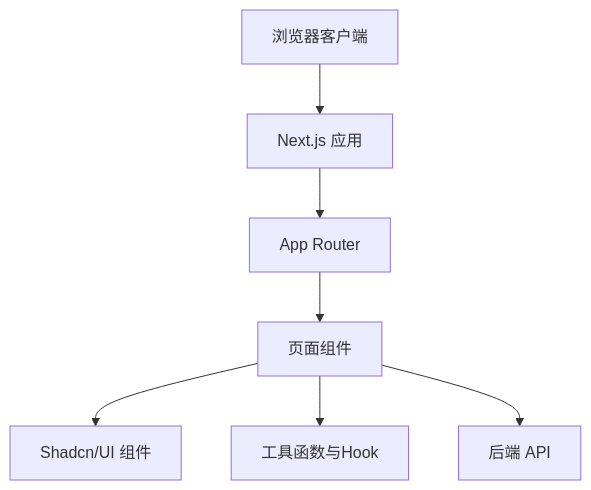
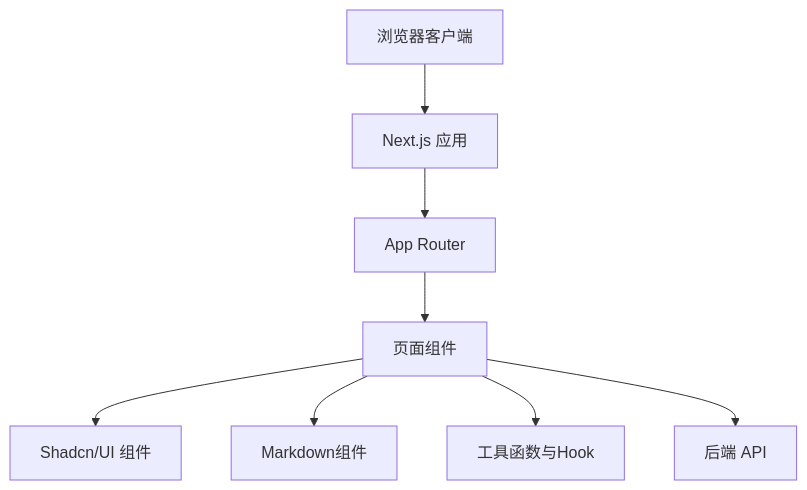
Before and after one commit to ghbbn053-ship-itsoulddog/soulddog: the second of 12 diagrams in .qoder/repowiki/zh/content/前端应用文档/前端应用文档.md, drawn with Mermaid. The commit also changed other lines of this file and 119 other files, not shown here.

````diff
--- a/.qoder/repowiki/zh/content/前端应用文档/前端应用文档.md
+++ b/.qoder/repowiki/zh/content/前端应用文档/前端应用文档.md
@@ -128,16 +166,18 @@
 ```mermaid
 graph TB
 CLIENT["浏览器客户端"]
 NEXT["Next.js 应用"]
 ROUTER["App Router"]
 PAGES["页面组件"]
 UI["Shadcn/UI 组件"]
+MARKDOWN["Markdown组件"]
 UTILS["工具函数与Hook"]
 BACKEND["后端 API"]
 CLIENT --> NEXT
 NEXT --> ROUTER
 ROUTER --> PAGES
 PAGES --> UI
+PAGES --> MARKDOWN
 PAGES --> UTILS
 PAGES --> BACKEND
 ```
````
